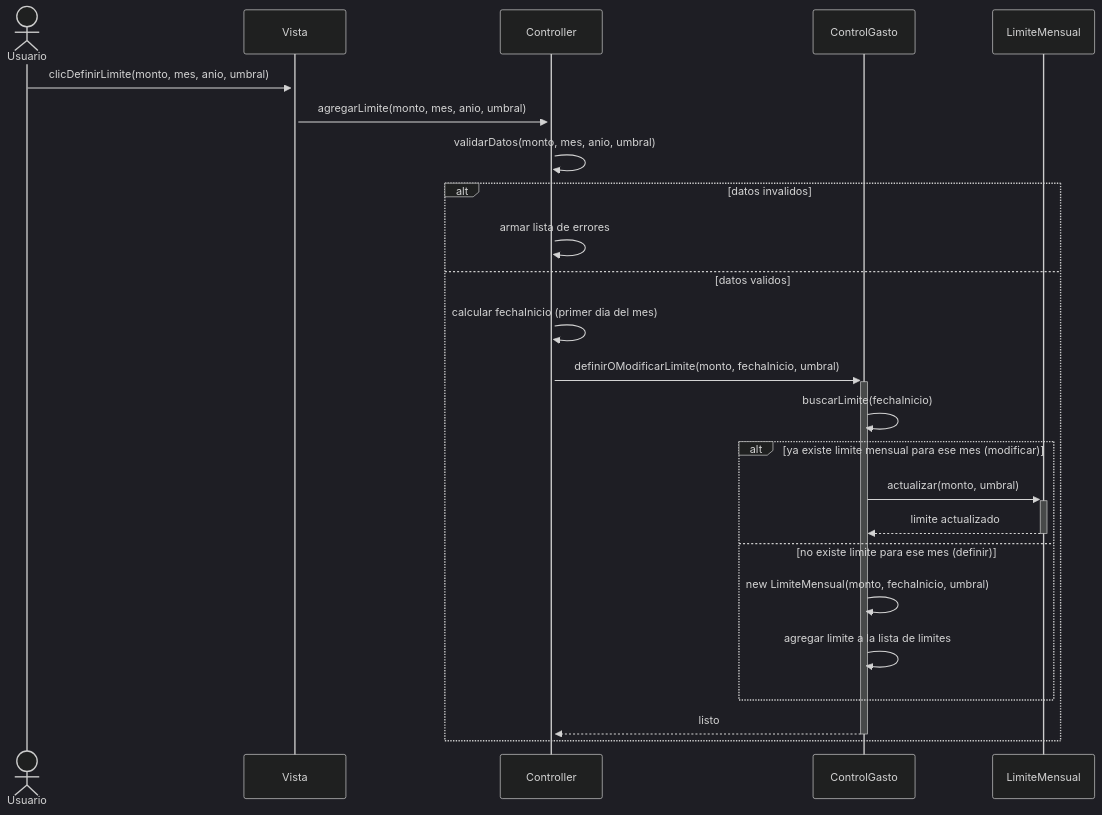
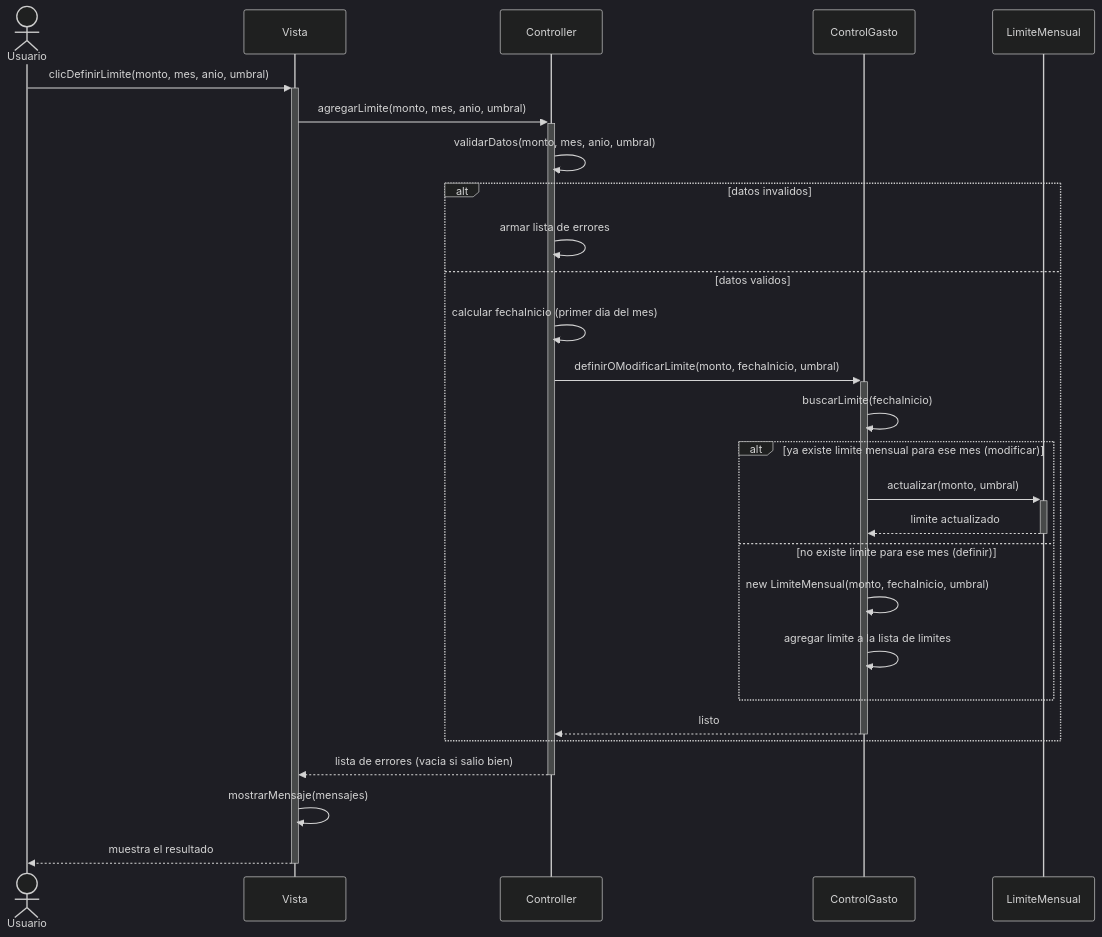
Before and after one commit to morenastolerman/Gestor-de-gastos: the diagram in Diagramas/CU5.md, drawn with Mermaid (dark theme).

````diff
--- a/Diagramas/CU5.md
+++ b/Diagramas/CU5.md
@@ -1,32 +1,37 @@
 ``` mermaid
 sequenceDiagram
     actor Usuario
     participant V as Vista
     participant C as Controller
     participant CG as ControlGasto
     participant LM as LimiteMensual
 
     Usuario->>+V: clicDefinirLimite(monto, mes, anio, umbral)
     V->>+C: agregarLimite(monto, mes, anio, umbral)
 
     C->>C: validarDatos(monto, mes, anio, umbral)
 
     alt datos invalidos
         C->>C: armar lista de errores
     else datos validos
         C->>C: calcular fechaInicio (primer dia del mes)
         C->>+CG: definirOModificarLimite(monto, fechaInicio, umbral)
 
         CG->>CG: buscarLimite(fechaInicio)
 
         alt ya existe limite mensual para ese mes (modificar)
             CG->>+LM: actualizar(monto, umbral)
             LM-->>-CG: limite actualizado
         else no existe limite para ese mes (definir)
             CG->>CG: new LimiteMensual(monto, fechaInicio, umbral)
             CG->>CG: agregar limite a la lista de limites
         end
 
         CG-->>-C: listo
     end
+
+    C-->>-V: lista de errores (vacia si salio bien)
+    V->>V: mostrarMensaje(mensajes)
+    V-->>-Usuario: muestra el resultado
+
 ```
````
